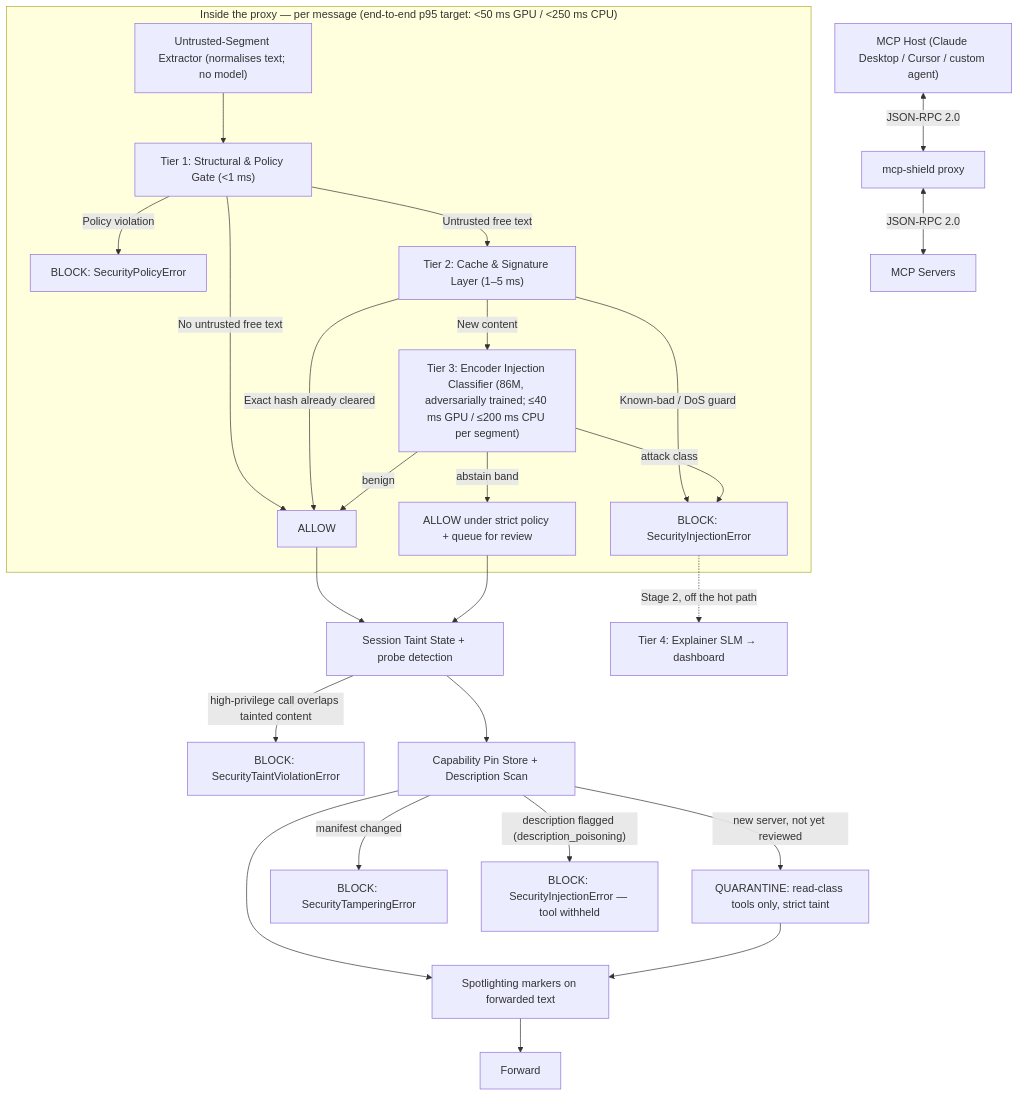
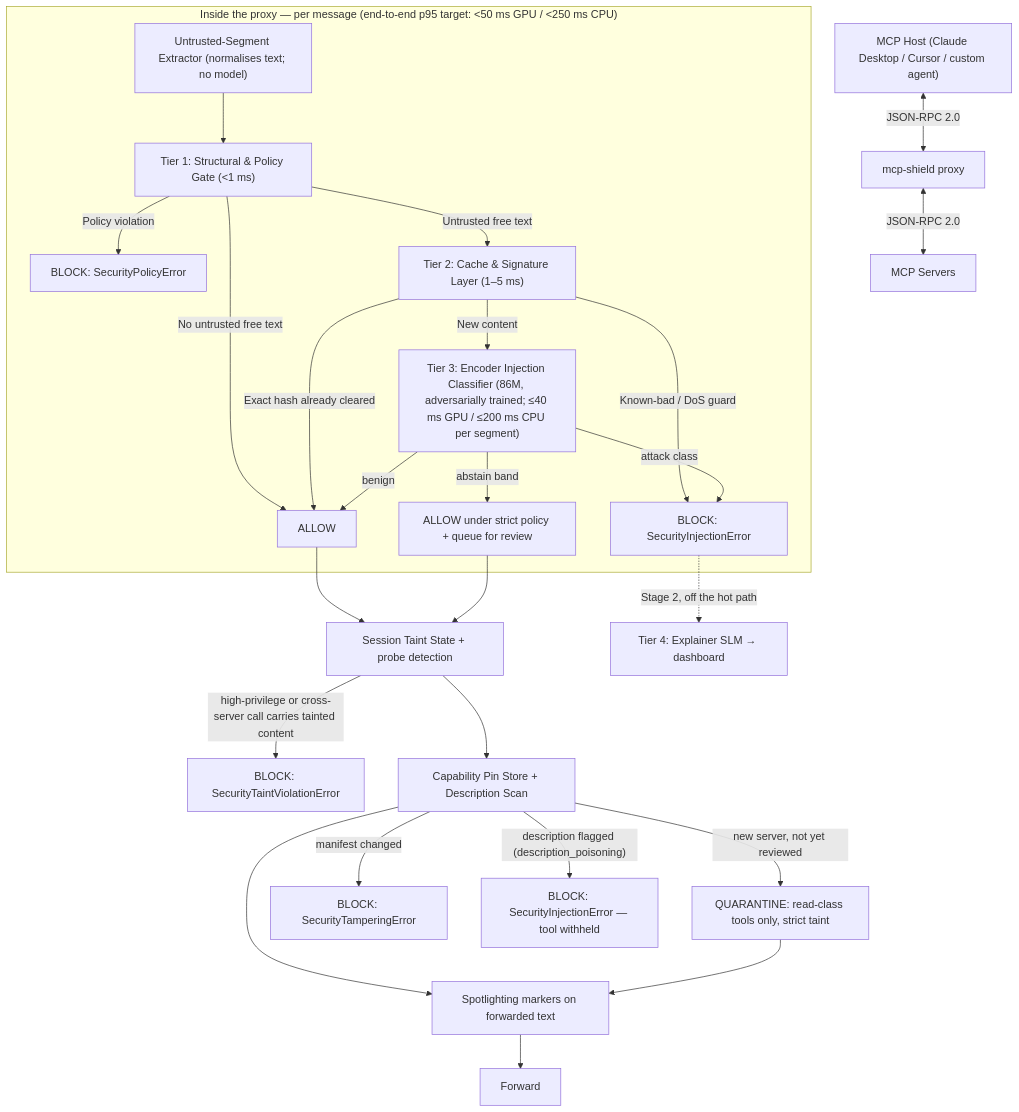
The first of 2 diagrams in README.md (rishikeshvarma/MCP-Shield), drawn with Mermaid before and after one commit. The commit also changed other lines of this file and 18 other files, not shown here.

````diff
--- a/README.md
+++ b/README.md
@@ -61,30 +61,30 @@
 ```mermaid
 graph TD
     Host["MCP Host (Claude Desktop / Cursor / custom agent)"] <-->|"JSON-RPC 2.0"| Proxy["mcp-shield proxy"]
     Proxy <-->|"JSON-RPC 2.0"| Servers["MCP Servers"]
 
     subgraph Cascade["Inside the proxy — per message (end-to-end p95 target: <50 ms GPU / <250 ms CPU)"]
         Ext["Untrusted-Segment Extractor (normalises text; no model)"] --> T1["Tier 1: Structural & Policy Gate (<1 ms)"]
         T1 -->|"Policy violation"| Deny1["BLOCK: SecurityPolicyError"]
         T1 -->|"No untrusted free text"| Pass["ALLOW"]
         T1 -->|"Untrusted free text"| T2["Tier 2: Cache & Signature Layer (1–5 ms)"]
         T2 -->|"Exact hash already cleared"| Pass
         T2 -->|"Known-bad / DoS guard"| Deny2["BLOCK: SecurityInjectionError"]
         T2 -->|"New content"| T3["Tier 3: Encoder Injection Classifier (86M, adversarially trained; ≤40 ms GPU / ≤200 ms CPU per segment)"]
         T3 -->|"benign"| Pass
         T3 -->|"abstain band"| Abst["ALLOW under strict policy + queue for review"]
         T3 -->|"attack class"| Deny2
     end
 
     Pass --> Taint["Session Taint State + probe detection"]
     Abst --> Taint
-    Taint -->|"high-privilege call overlaps tainted content"| Deny3["BLOCK: SecurityTaintViolationError"]
+    Taint -->|"high-privilege or cross-server call carries tainted content"| Deny3["BLOCK: SecurityTaintViolationError"]
     Taint --> Pin["Capability Pin Store + Description Scan"]
     Pin -->|"new server, not yet reviewed"| Quar["QUARANTINE: read-class tools only, strict taint"]
     Pin -->|"manifest changed"| Deny4["BLOCK: SecurityTamperingError"]
     Pin -->|"description flagged (description_poisoning)"| Deny5["BLOCK: SecurityInjectionError — tool withheld"]
     Pin --> Spot["Spotlighting markers on forwarded text"]
     Quar --> Spot
     Spot --> Out["Forward"]
     Deny2 -.->|"Stage 2, off the hot path"| T4["Tier 4: Explainer SLM → dashboard"]
 ```
````
